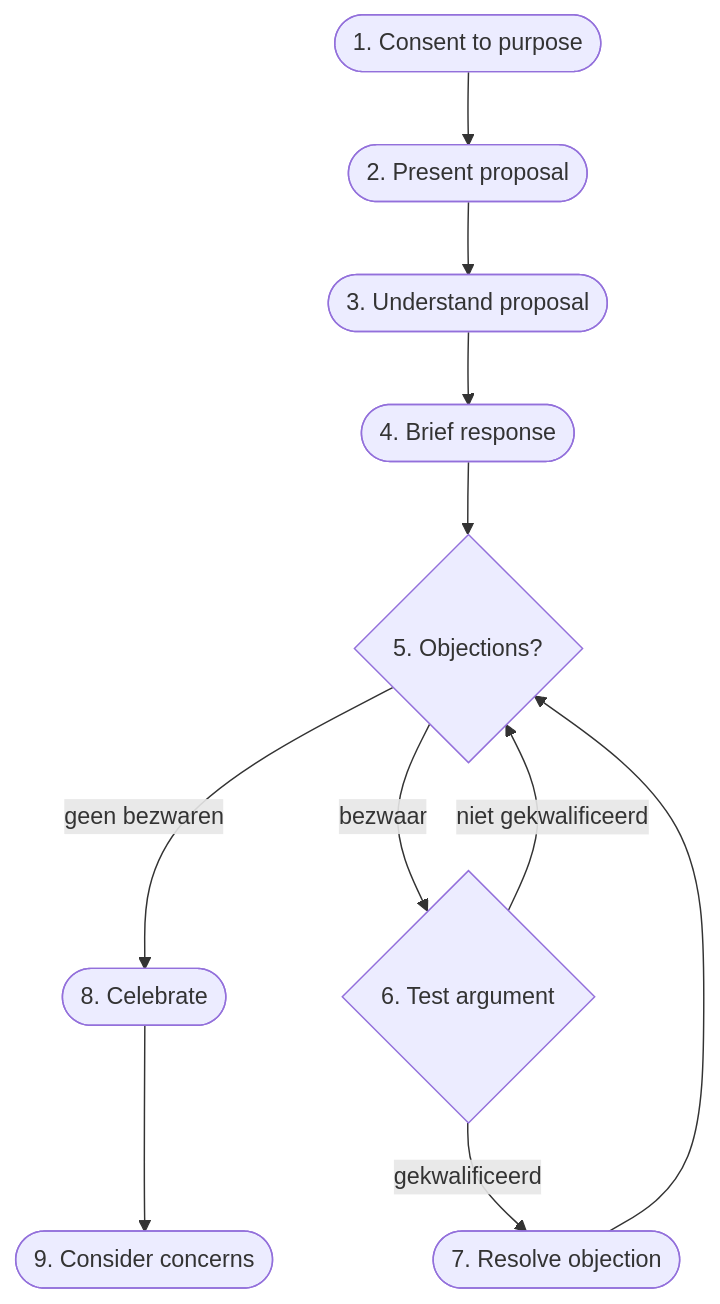
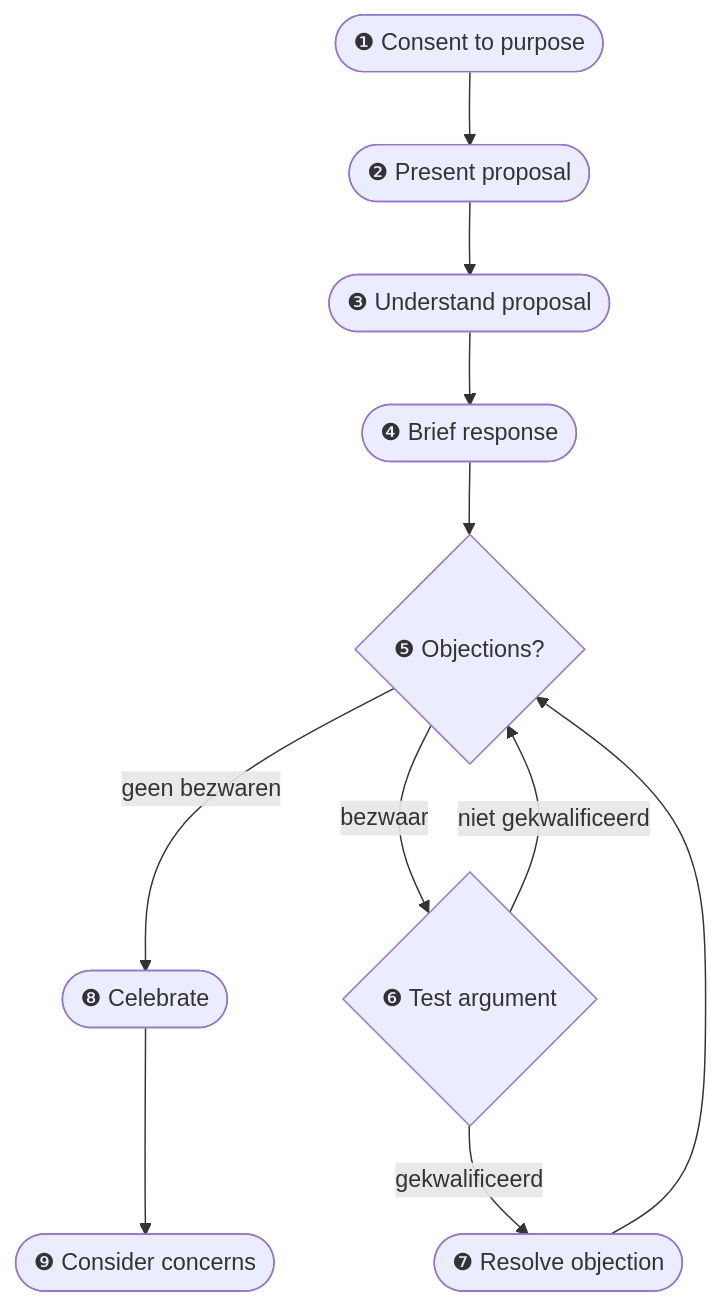
Before and after one commit to johantre/ai-value-flow-lab: the diagram in concepts/consent.md, drawn with Mermaid.

Commit message:
Fix consent diagram node labels with Unicode circle numbers
Replace '1.' style numbers with Unicode circled numbers (❶❷❸...)
to prevent Mermaid from parsing them as markdown lists.

````diff
--- a/concepts/consent.md
+++ b/concepts/consent.md
@@ -24,13 +24,13 @@
 ```mermaid
 flowchart TD
-    A(["1. Consent to purpose"]) --> B(["2. Present proposal"])
-    B --> C(["3. Understand proposal"])
-    C --> D(["4. Brief response"])
-    D --> E{"5. Objections?"}
-    E -->|geen bezwaren| H(["8. Celebrate"])
-    E -->|bezwaar| F{"6. Test argument"}
+    A([❶ Consent to purpose]) --> B([❷ Present proposal])
+    B --> C([❸ Understand proposal])
+    C --> D([❹ Brief response])
+    D --> E{❺ Objections?}
+    E -->|geen bezwaren| H([❽ Celebrate])
+    E -->|bezwaar| F{❻ Test argument}
     F -->|niet gekwalificeerd| E
-    F -->|gekwalificeerd| G(["7. Resolve objection"])
+    F -->|gekwalificeerd| G([❼ Resolve objection])
     G --> E
-    H --> I(["9. Consider concerns"])
+    H --> I([❾ Consider concerns])
 ```
````
